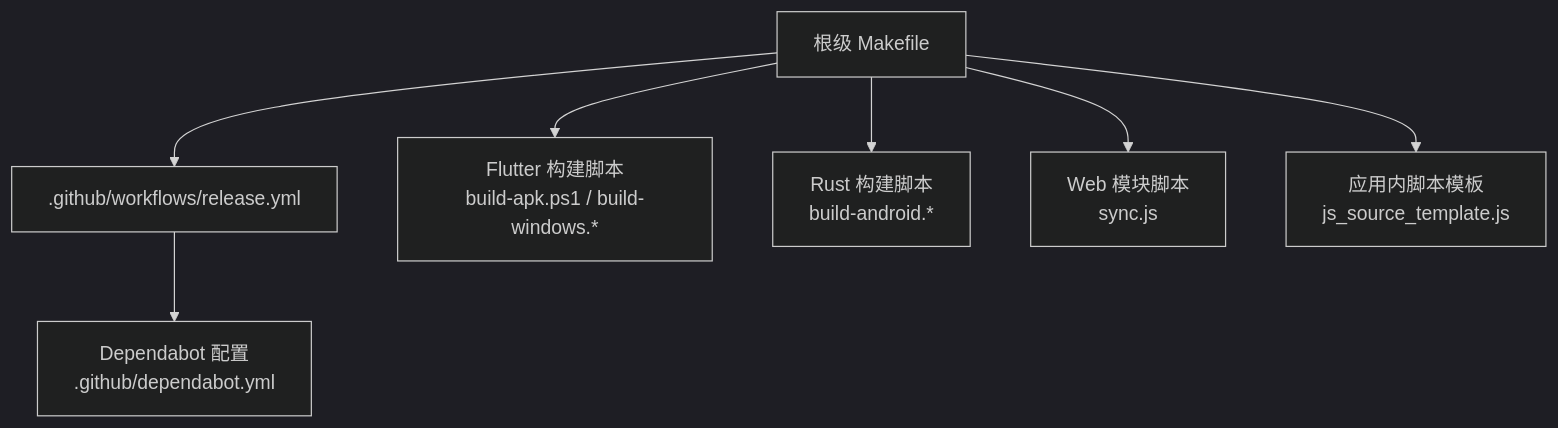
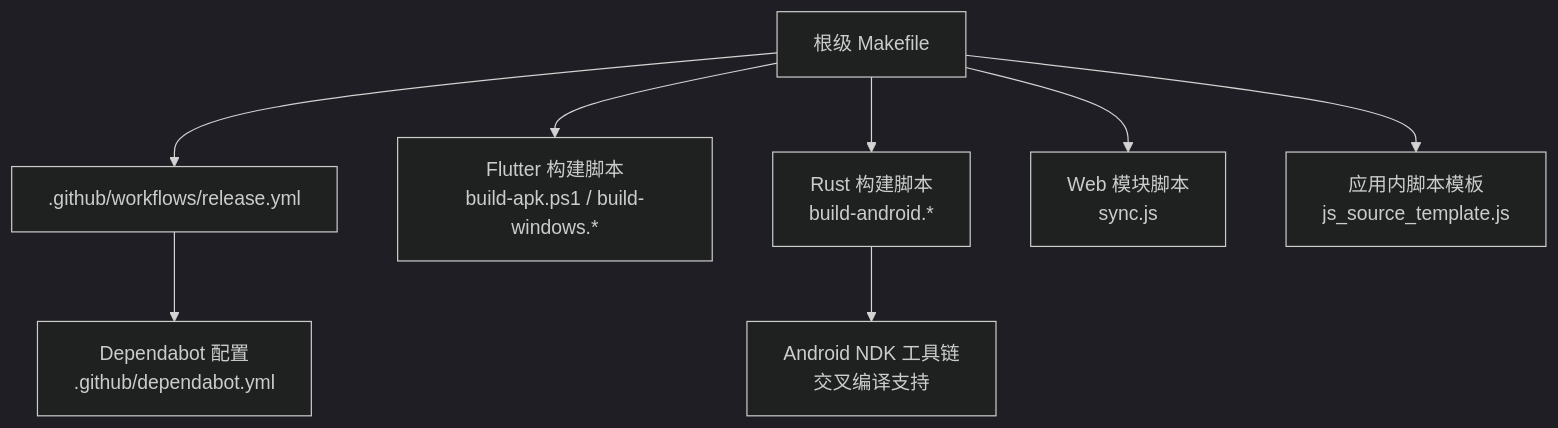
One commit to ZhangGHGitHub/LegadoTeamFlutter changed the first of 7 diagrams in .qoder/repowiki/zh/content/构建和部署/自动化脚本.md. Above: the diagram before and after it, drawn with Mermaid (dark theme). The commit also changed other lines of this file and 173 other files, not shown here.

````diff
--- a/.qoder/repowiki/zh/content/构建和部署/自动化脚本.md
+++ b/.qoder/repowiki/zh/content/构建和部署/自动化脚本.md
@@ -43,9 +51,10 @@
 ```mermaid
 graph TB
 A["根级 Makefile"] --> B[".github/workflows/release.yml"]
 A --> C["Flutter 构建脚本<br/>build-apk.ps1 / build-windows.*"]
 A --> D["Rust 构建脚本<br/>build-android.*"]
 A --> E["Web 模块脚本<br/>sync.js"]
 A --> F["应用内脚本模板<br/>js_source_template.js"]
 B --> G["Dependabot 配置<br/>.github/dependabot.yml"]
+D --> H["Android NDK 工具链<br/>交叉编译支持"]
 ```
````
